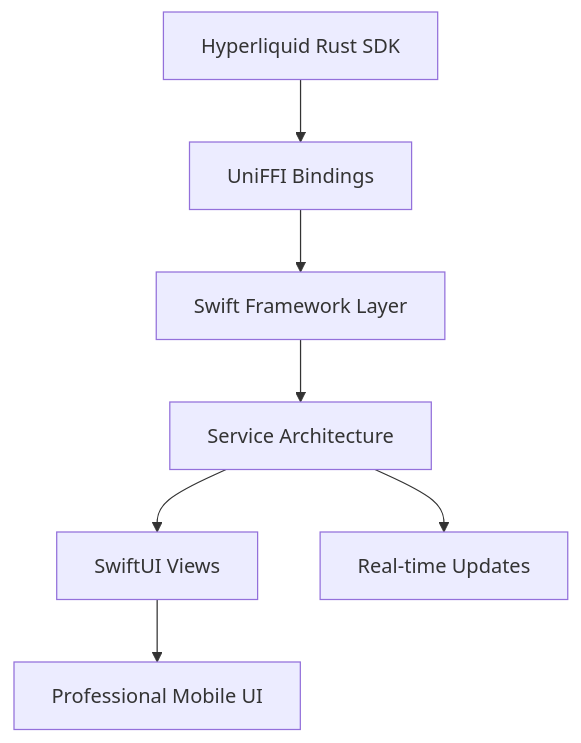
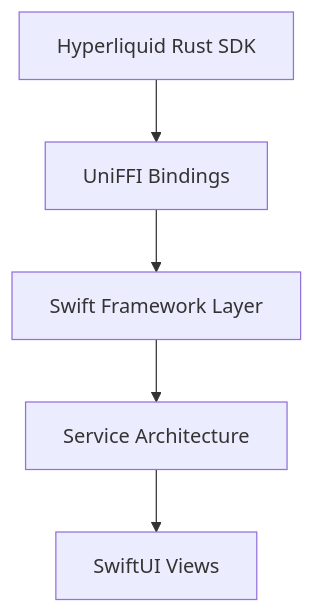
The diagram in README.md (KristinaB/BeHype), drawn with Mermaid before and after one commit.

Commit message:
Update README.md
correct chart

````diff
--- a/README.md
+++ b/README.md
@@ -107,9 +107,7 @@
 ```mermaid
 graph TD
     A[Hyperliquid Rust SDK] --> B[UniFFI Bindings]
     B --> C[Swift Framework Layer]
     C --> D[Service Architecture]
     D --> E[SwiftUI Views]
-    D --> F[Real-time Updates]
-    E --> G[Professional Mobile UI]
 ```
````
